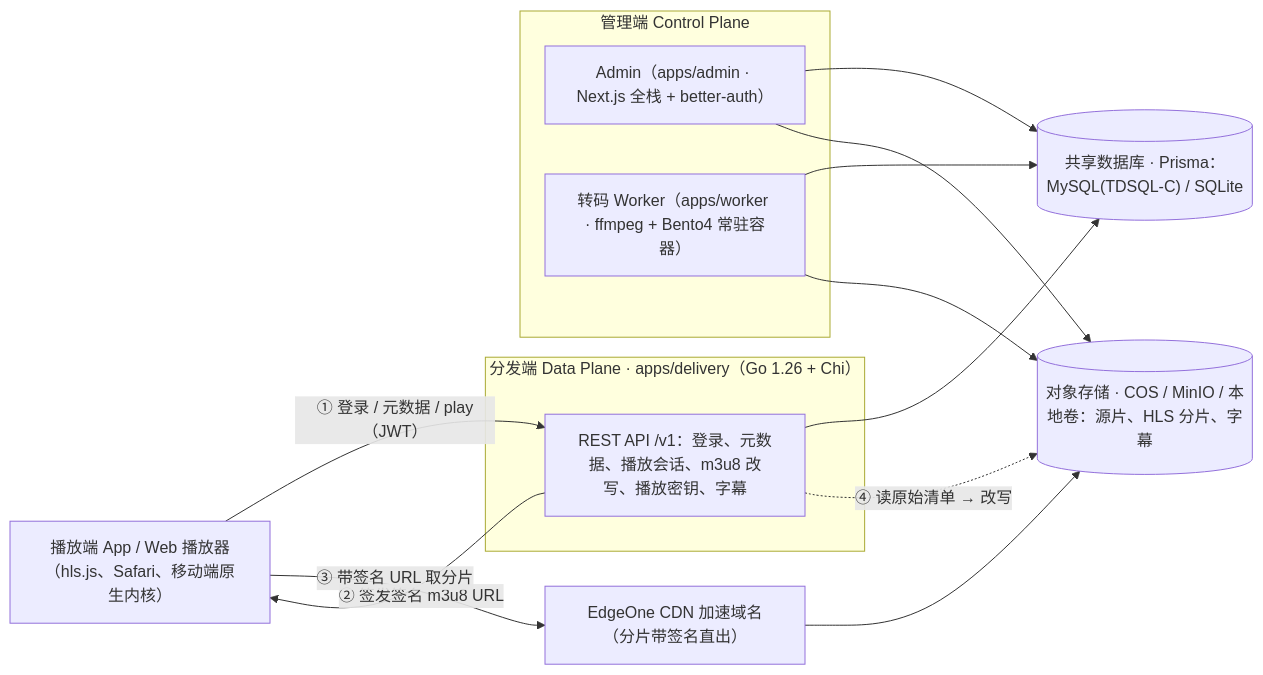
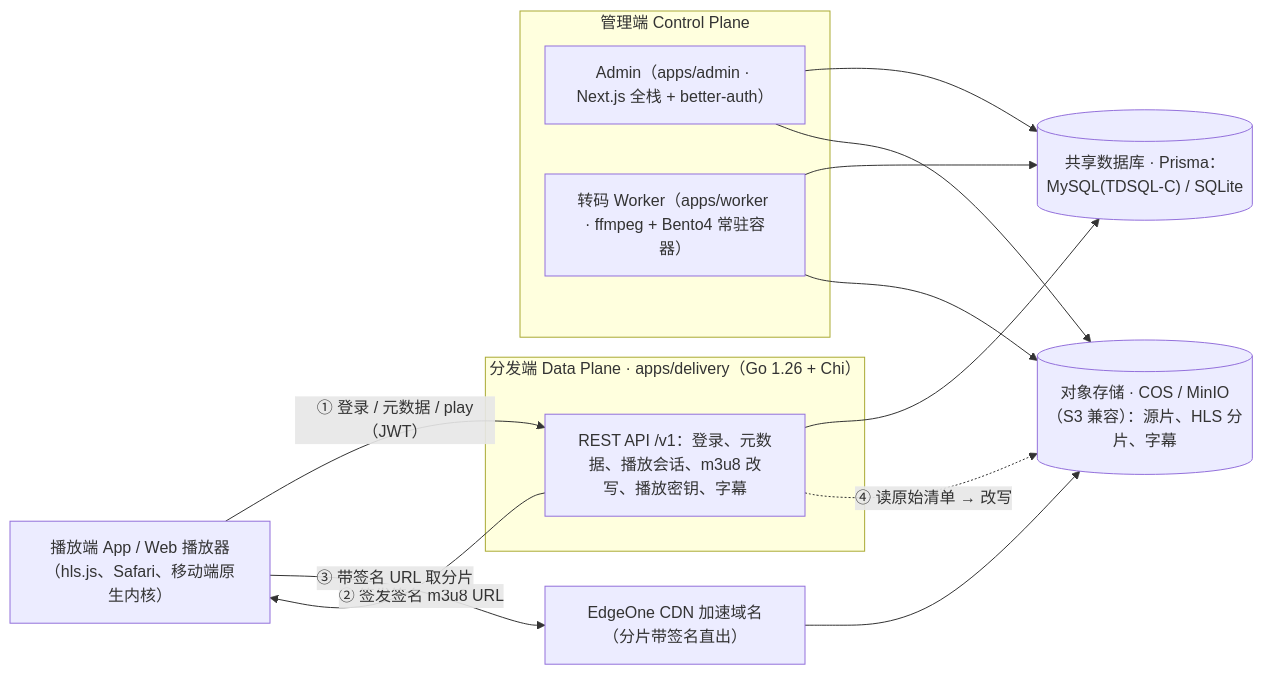
Before and after one commit to ArSrNa/OpenVOD: the diagram in docs/vod/README.md, drawn with Mermaid. The commit also changed other lines of this file and 36 other files, not shown here.

````diff
--- a/docs/vod/README.md
+++ b/docs/vod/README.md
@@ -9,28 +9,28 @@
 ```mermaid
 flowchart LR
   APP["播放端 App / Web 播放器（hls.js、Safari、移动端原生内核）"]
 
   subgraph DP["分发端 Data Plane · apps/delivery（Go 1.26 + Chi）"]
     DAPI["REST API /v1：登录、元数据、播放会话、m3u8 改写、播放密钥、字幕"]
   end
 
   subgraph CP["管理端 Control Plane"]
     ADMIN["Admin（apps/admin · Next.js 全栈 + better-auth）"]
     WK["转码 Worker（apps/worker · ffmpeg + Bento4 常驻容器）"]
   end
 
   DB[("共享数据库 · Prisma：MySQL(TDSQL-C) / SQLite")]
-  ST[("对象存储 · COS / MinIO / 本地卷：源片、HLS 分片、字幕")]
+  ST[("对象存储 · COS / MinIO（S3 兼容）：源片、HLS 分片、字幕")]
   CDN["EdgeOne CDN 加速域名（分片带签名直出）"]
 
   APP -->|"① 登录 / 元数据 / play（JWT）"| DAPI
   DAPI -->|"② 签发签名 m3u8 URL"| APP
   DAPI --> DB
   DAPI -.->|"④ 读原始清单 → 改写"| ST
   APP -->|"③ 带签名 URL 取分片"| CDN
   CDN --> ST
   ADMIN --> DB
   ADMIN --> ST
   WK --> DB
   WK --> ST
 ```
````
